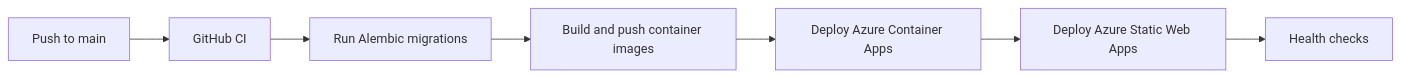
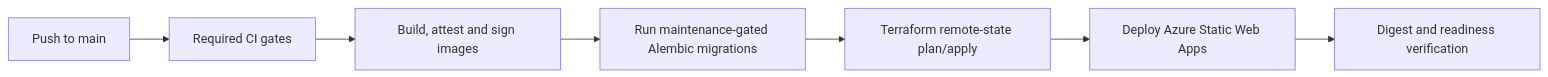
The fifth of 5 diagrams in README.md (Shreesh-Sree/presidio_reimbursement_approval_tool), drawn with Mermaid before and after one commit. The commit also changed other lines of this file and 157 other files, not shown here.

````diff
--- a/README.md
+++ b/README.md
@@ -286,9 +294,9 @@
 ```mermaid
 flowchart LR
-    Commit[Push to main] --> CI[GitHub CI]
-    CI --> Migrate[Run Alembic migrations]
-    Migrate --> Build[Build and push container images]
-    Build --> Deploy[Deploy Azure Container Apps]
-    Deploy --> Frontend[Deploy Azure Static Web Apps]
-    Frontend --> Verify[Health checks]
+    Commit[Push to main] --> CI[Required CI gates]
+    CI --> Build[Build, attest and sign images]
+    Build --> Migrate[Run maintenance-gated Alembic migrations]
+    Migrate --> Terraform[Terraform remote-state plan/apply]
+    Terraform --> Frontend[Deploy Azure Static Web Apps]
+    Frontend --> Verify[Digest and readiness verification]
 ```
````
